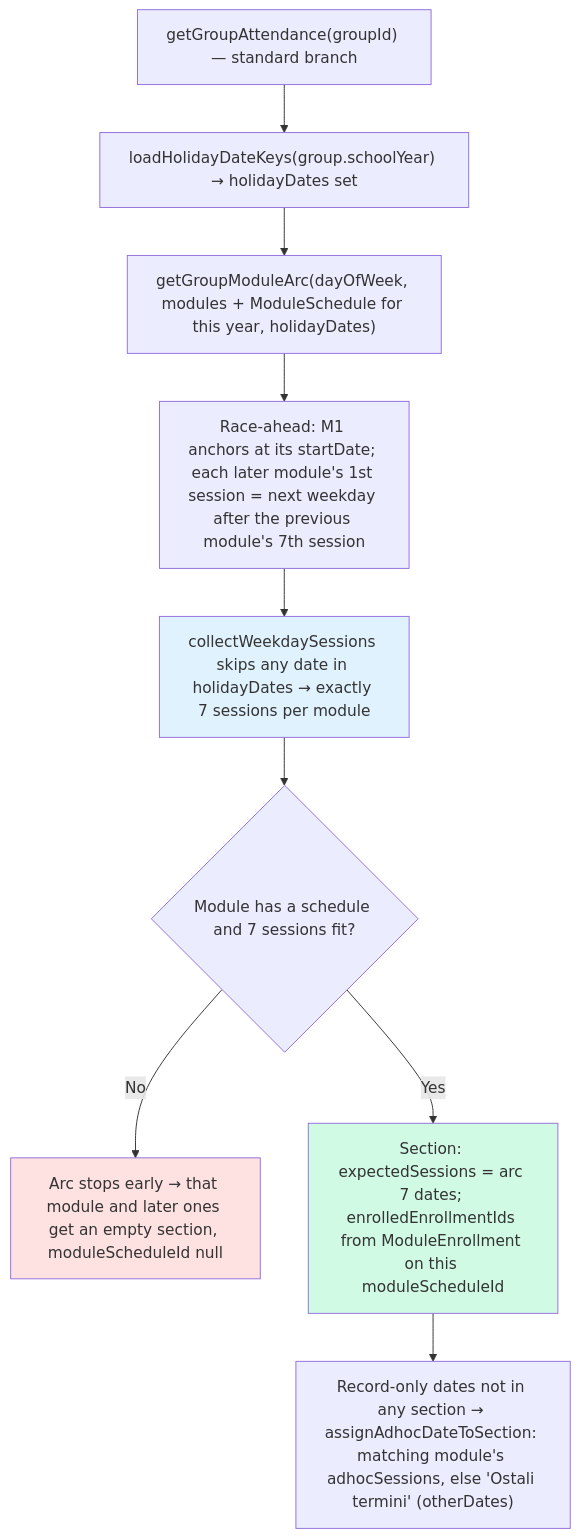
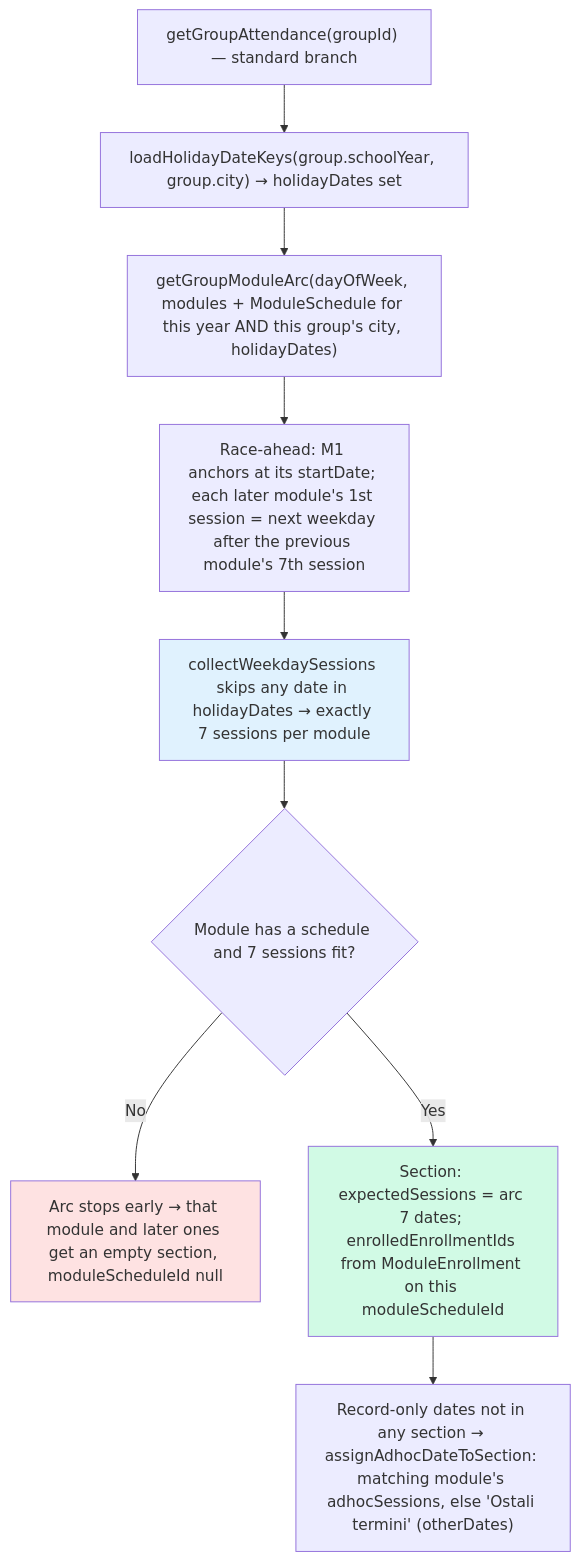
One commit to jpucic00/inovatic changed the first of 6 diagrams in docs/diagrams/attendance-flow.md. Above: the diagram before and after it, drawn with Mermaid. The commit also changed other lines of this file and 18 other files, not shown here.

````diff
--- a/docs/diagrams/attendance-flow.md
+++ b/docs/diagrams/attendance-flow.md
@@ -14,15 +14,15 @@
 ```mermaid
 flowchart TD
-    A["getGroupAttendance(groupId) — standard branch"] --> B["loadHolidayDateKeys(group.schoolYear) → holidayDates set"]
-    B --> C["getGroupModuleArc(dayOfWeek, modules + ModuleSchedule for this year, holidayDates)"]
+    A["getGroupAttendance(groupId) — standard branch"] --> B["loadHolidayDateKeys(group.schoolYear, group.city) → holidayDates set"]
+    B --> C["getGroupModuleArc(dayOfWeek, modules + ModuleSchedule for this year AND this group's city, holidayDates)"]
     C --> D["Race-ahead: M1 anchors at its startDate; each later module's 1st session = next weekday after the previous module's 7th session"]
     D --> E["collectWeekdaySessions skips any date in holidayDates → exactly 7 sessions per module"]
     E --> F{"Module has a schedule and 7 sessions fit?"}
     F -->|No| G["Arc stops early → that module and later ones get an empty section, moduleScheduleId null"]
     F -->|Yes| H["Section: expectedSessions = arc 7 dates; enrolledEnrollmentIds from ModuleEnrollment on this moduleScheduleId"]
     H --> I["Record-only dates not in any section → assignAdhocDateToSection: matching module's adhocSessions, else 'Ostali termini' (otherDates)"]
 
     style G fill:#fee2e2
     style H fill:#d1fae5
     style E fill:#e0f2fe
 ```
````
